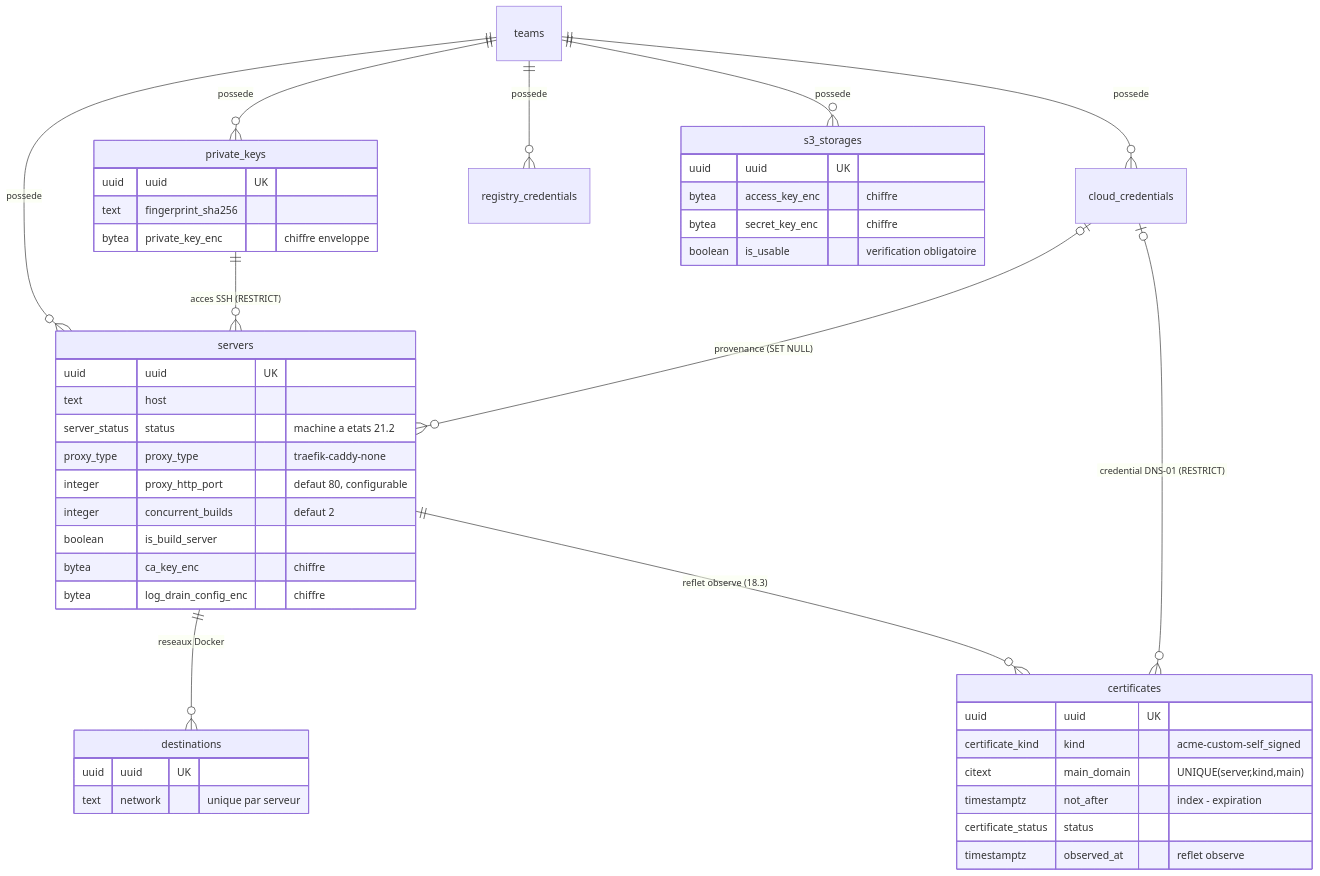
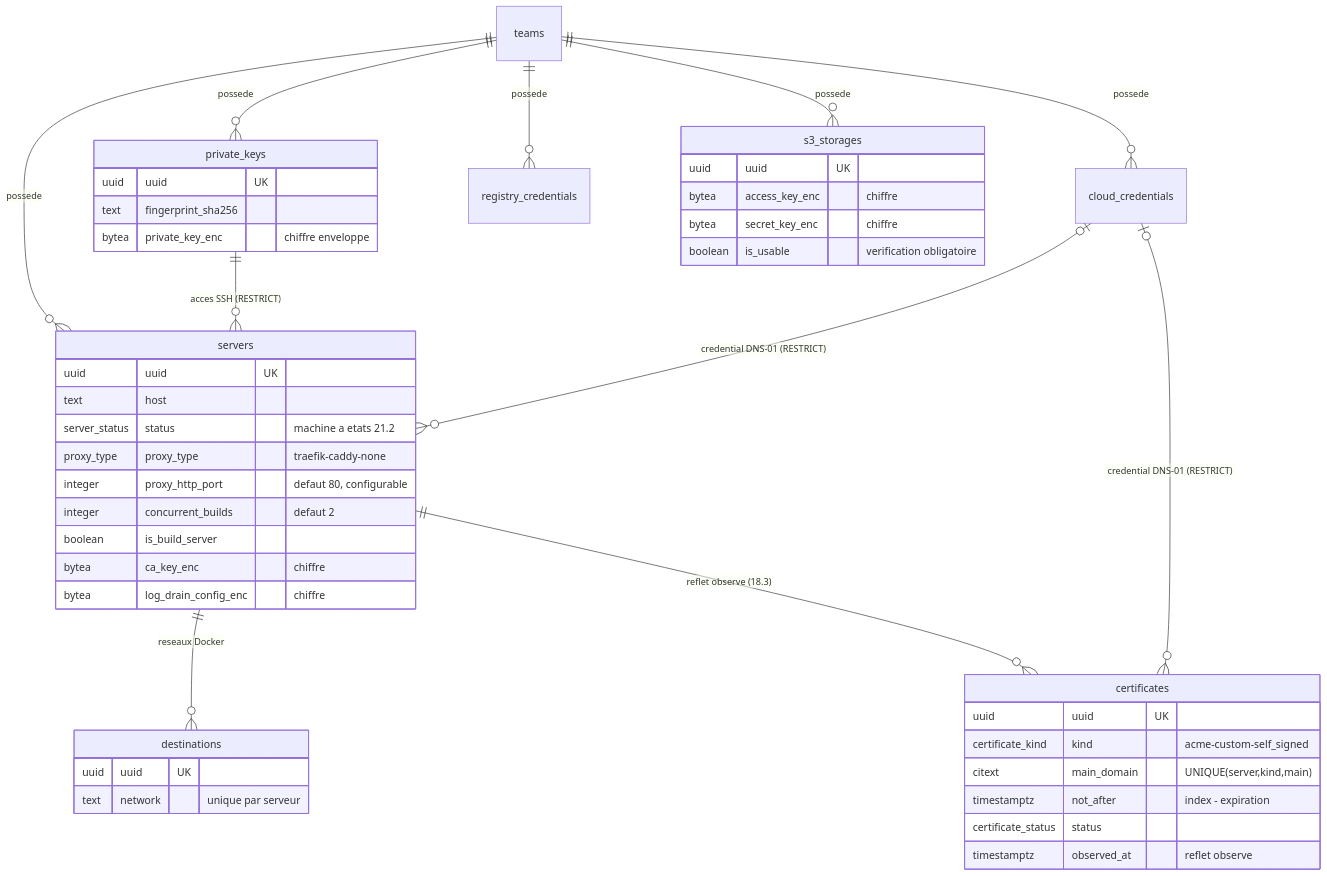
The fourth of 9 diagrams in docs/specs/erd.md (deepteams/akerdock), drawn with Mermaid before and after one commit. The commit also changed 12 other files, not shown here.

````diff
--- a/docs/specs/erd.md
+++ b/docs/specs/erd.md
@@ -117,48 +117,48 @@
 ```mermaid
 erDiagram
     teams ||--o{ servers : "possede"
     teams ||--o{ private_keys : "possede"
     teams ||--o{ cloud_credentials : "possede"
     teams ||--o{ registry_credentials : "possede"
     teams ||--o{ s3_storages : "possede"
     private_keys ||--o{ servers : "acces SSH (RESTRICT)"
     servers ||--o{ destinations : "reseaux Docker"
     servers ||--o{ certificates : "reflet observe (18.3)"
-    cloud_credentials |o--o{ servers : "provenance (SET NULL)"
+    cloud_credentials |o--o{ servers : "credential DNS-01 (RESTRICT)"
     cloud_credentials |o--o{ certificates : "credential DNS-01 (RESTRICT)"
 
     servers {
         uuid uuid UK
         text host
         server_status status "machine a etats 21.2"
         proxy_type proxy_type "traefik-caddy-none"
         integer proxy_http_port "defaut 80, configurable"
         integer concurrent_builds "defaut 2"
         boolean is_build_server
         bytea ca_key_enc "chiffre"
         bytea log_drain_config_enc "chiffre"
     }
     private_keys {
         uuid uuid UK
         text fingerprint_sha256
         bytea private_key_enc "chiffre enveloppe"
     }
     s3_storages {
         uuid uuid UK
         bytea access_key_enc "chiffre"
         bytea secret_key_enc "chiffre"
         boolean is_usable "verification obligatoire"
     }
     destinations {
         uuid uuid UK
         text network "unique par serveur"
     }
     certificates {
         uuid uuid UK
         certificate_kind kind "acme-custom-self_signed"
         citext main_domain "UNIQUE(server,kind,main)"
         timestamptz not_after "index - expiration"
         certificate_status status
         timestamptz observed_at "reflet observe"
     }
 ```
````
